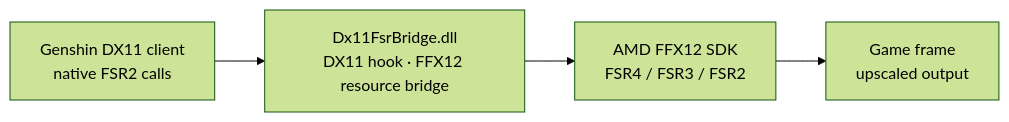
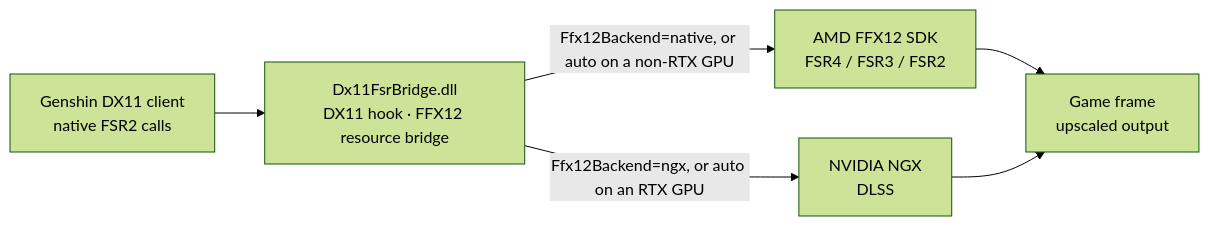
Before and after one commit to AizawaHikaru233/genshin_fsr_brigde: the diagram in README_EN.md, drawn with Mermaid (forest theme). The commit also changed other lines of this file and 4 other files, not shown here.

First line of the commit message:
docs(readme): 补齐内置 NGX 后端与 DLSS 的图文说明

````diff
--- a/README_EN.md
+++ b/README_EN.md
@@ -113,6 +114,8 @@
 ```mermaid
 flowchart LR
     G["Genshin DX11 client<br/>native FSR2 calls"] --> B["Dx11FsrBridge.dll<br/>DX11 hook · FFX12 resource bridge"]
-    B --> S["AMD FFX12 SDK<br/>FSR4 / FSR3 / FSR2"]
+    B -->|"Ffx12Backend=native, or auto on a non-RTX GPU"| S["AMD FFX12 SDK<br/>FSR4 / FSR3 / FSR2"]
+    B -->|"Ffx12Backend=ngx, or auto on an RTX GPU"| N["NVIDIA NGX<br/>DLSS"]
     S --> P["Game frame<br/>upscaled output"]
+    N --> P
 ```
````
